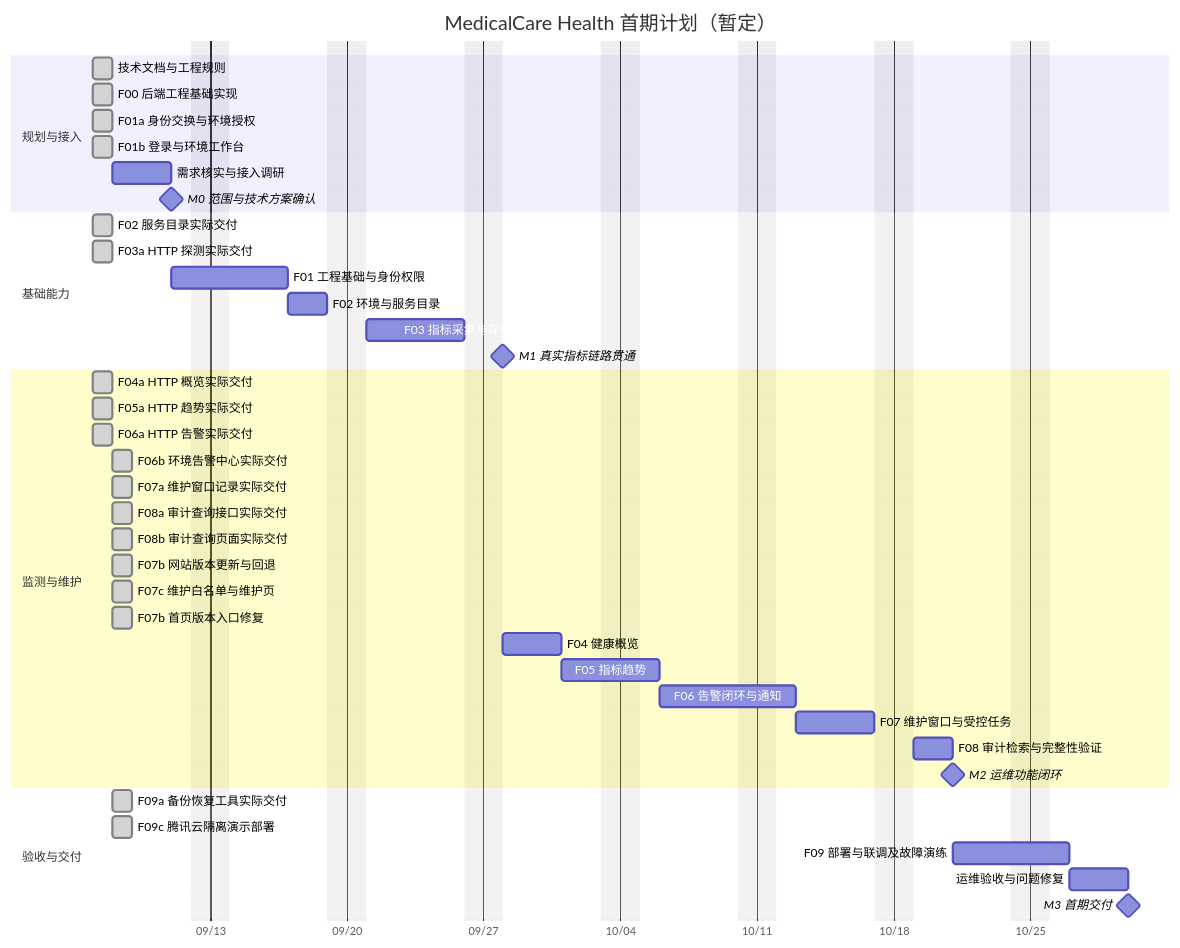
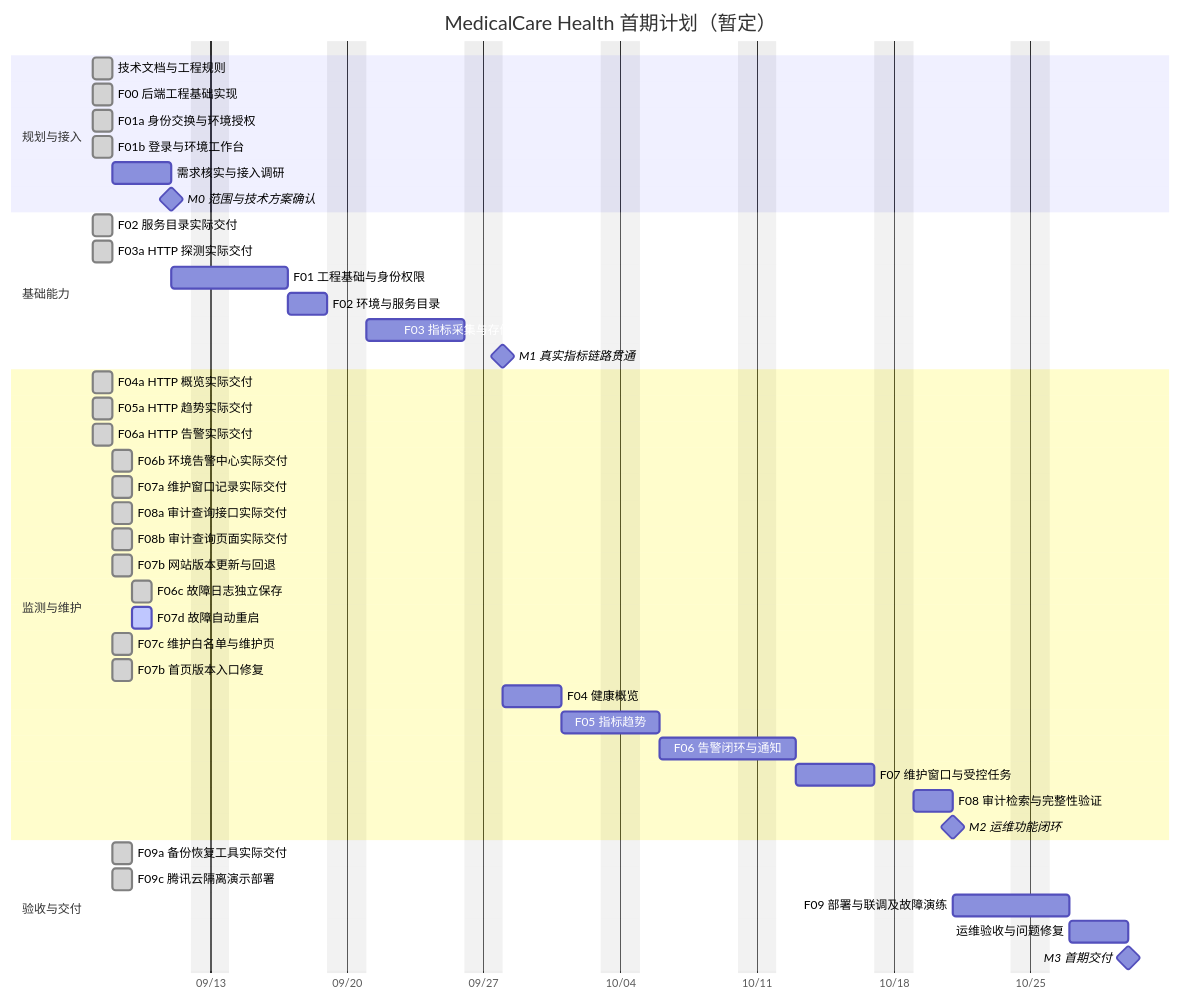
Before and after one commit to lafie-s/MedicalCare_Health: the diagram in docs/project-plan.md, drawn with Mermaid. The commit also changed other lines of this file and 13 other files, not shown here.

````diff
--- a/docs/project-plan.md
+++ b/docs/project-plan.md
@@ -13,44 +13,46 @@
 ```mermaid
 gantt
     title MedicalCare Health 首期计划（暂定）
     dateFormat YYYY-MM-DD
     axisFormat %m/%d
     excludes weekends
     section 规划与接入
     技术文档与工程规则              :done, docs, 2026-09-07, 1d
     F00 后端工程基础实现           :done, f00, 2026-09-07, 1d
     F01a 身份交换与环境授权        :done, f01a, 2026-09-07, 1d
     F01b 登录与环境工作台          :done, f01b, 2026-09-07, 1d
     需求核实与接入调研              :a0, 2026-09-08, 3d
     M0 范围与技术方案确认           :milestone, m0, after a0, 0d
     section 基础能力
     F02 服务目录实际交付           :done, f02actual, 2026-09-07, 1d
     F03a HTTP 探测实际交付         :done, f03actual, 2026-09-07, 1d
     F01 工程基础与身份权限          :a1, after m0, 4d
     F02 环境与服务目录              :a2, after a1, 2d
     F03 指标采集与存储接入          :a3, after a2, 5d
     M1 真实指标链路贯通             :milestone, m1, after a3, 0d
     section 监测与维护
     F04a HTTP 概览实际交付         :done, f04actual, 2026-09-07, 1d
     F05a HTTP 趋势实际交付         :done, f05actual, 2026-09-07, 1d
     F06a HTTP 告警实际交付         :done, f06actual, 2026-09-07, 1d
     F06b 环境告警中心实际交付     :done, f06bactual, 2026-09-08, 1d
     F07a 维护窗口记录实际交付     :done, f07aactual, 2026-09-08, 1d
     F08a 审计查询接口实际交付     :done, f08aactual, 2026-09-08, 1d
     F08b 审计查询页面实际交付     :done, f08bactual, 2026-09-08, 1d
     F07b 网站版本更新与回退       :done, f07bactual, 2026-09-08, 1d
+    F06c 故障日志独立保存         :done, f06cactual, 2026-09-09, 1d
+    F07d 故障自动重启             :active, f07dactual, 2026-09-09, 1d
     F07c 维护白名单与维护页       :done, f07cactual, 2026-09-08, 1d
     F07b 首页版本入口修复         :done, releaseentry, 2026-09-08, 1d
     F04 健康概览                   :a4, after m1, 3d
     F05 指标趋势                   :a5, after a4, 3d
     F06 告警闭环与通知              :a6, after a5, 5d
     F07 维护窗口与受控任务          :a7, after a6, 4d
     F08 审计检索与完整性验证        :a8, after a7, 2d
     M2 运维功能闭环                :milestone, m2, after a8, 0d
     section 验收与交付
     F09a 备份恢复工具实际交付     :done, f09aactual, 2026-09-08, 1d
     F09c 腾讯云隔离演示部署       :done, f09cactual, 2026-09-08, 1d
     F09 部署与联调及故障演练        :a9, after m2, 4d
     运维验收与问题修复              :a10, after a9, 3d
     M3 首期交付                    :milestone, m3, after a10, 0d
 ```
````
